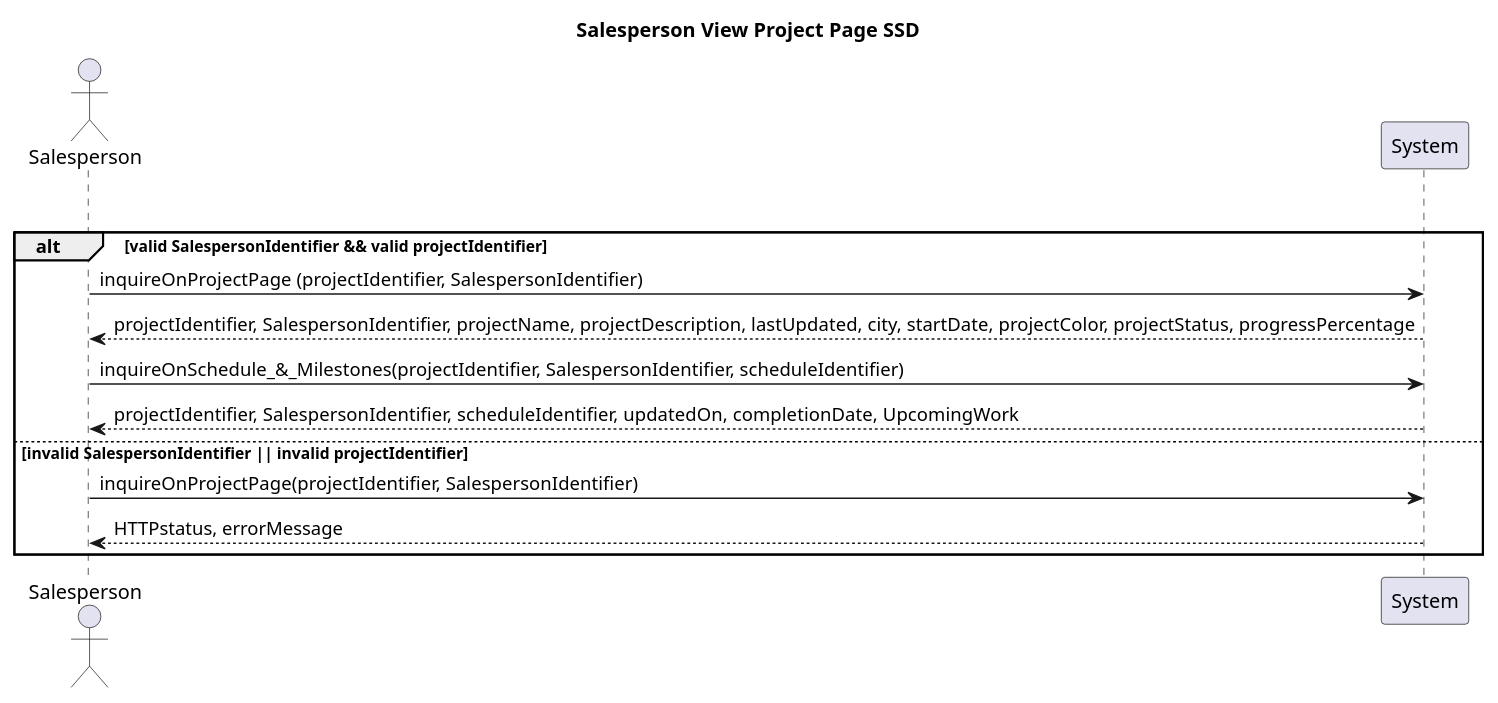
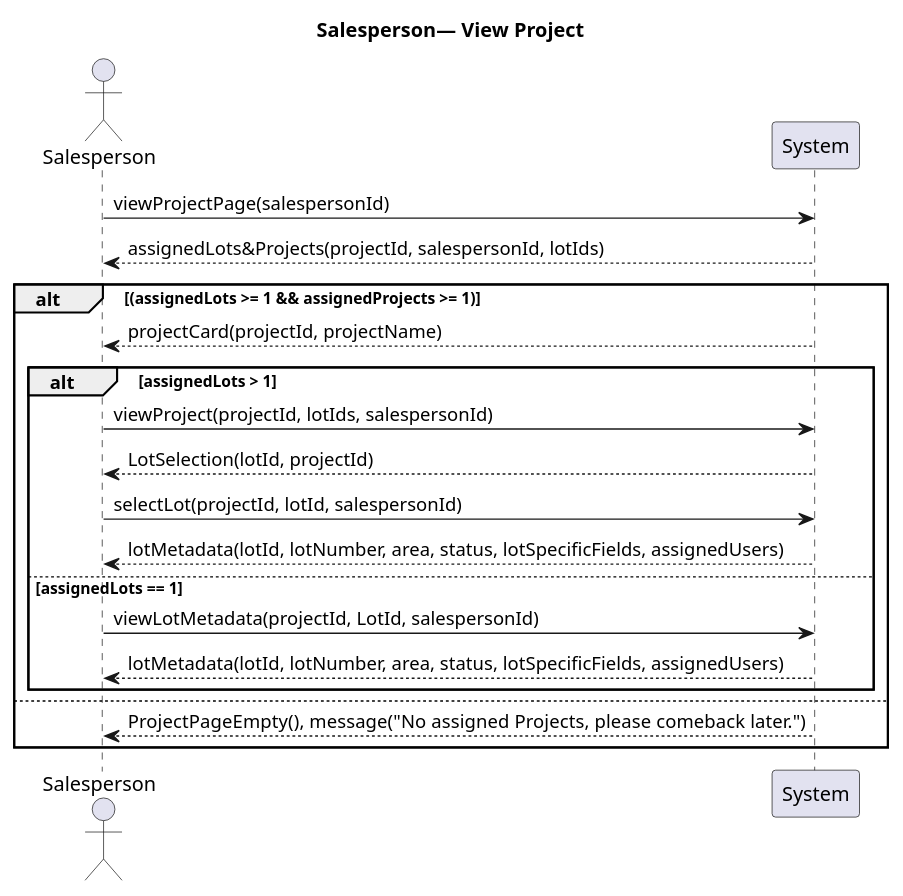
Before and after one commit to LCDCI/Les-Constructions-Dominic-Cyr: the fourth of 4 diagrams in Diagrams/UML_codes/SSD_ECP_Dufort.puml, drawn with PlantUML. The commit also changed other lines of this file and 8 other files, not shown here.

```diff
--- a/Diagrams/UML_codes/SSD_ECP_Dufort.puml
+++ b/Diagrams/UML_codes/SSD_ECP_Dufort.puml
@@ -1,18 +68,23 @@
 @startuml
-title Salesperson View Project Page SSD
+title Salesperson— View Project
 
 actor Salesperson
 
-loop for every request attempt
- alt valid SalespersonIdentifier && valid projectIdentifier
- Salesperson -> System: inquireOnProjectPage (projectIdentifier, SalespersonIdentifier)
-    System --> Salesperson:  projectIdentifier, SalespersonIdentifier, projectName, projectDescription, lastUpdated, city, startDate, projectColor, projectStatus, progressPercentage
-    Salesperson -> System: inquireOnSchedule_&_Milestones(projectIdentifier, SalespersonIdentifier, scheduleIdentifier)
-    System --> Salesperson: projectIdentifier, SalespersonIdentifier, scheduleIdentifier, updatedOn, completionDate, UpcomingWork
- else invalid SalespersonIdentifier || invalid projectIdentifier
-     Salesperson -> System: inquireOnProjectPage(projectIdentifier, SalespersonIdentifier)
-     System --> Salesperson: HTTPstatus, errorMessage
- end
+Salesperson-> System: viewProjectPage(salespersonId)
+System --> Salesperson: assignedLots&Projects(projectId, salespersonId, lotIds)
 
-
+alt (assignedLots >= 1 && assignedProjects >= 1)
+    System --> Salesperson: projectCard(projectId, projectName)
+    alt assignedLots > 1
+        Salesperson-> System: viewProject(projectId, lotIds, salespersonId)
+        System --> Salesperson: LotSelection(lotId, projectId)
+        Salesperson-> System: selectLot(projectId, lotId, salespersonId)
+        System --> Salesperson: lotMetadata(lotId, lotNumber, area, status, lotSpecificFields, assignedUsers)
+    else assignedLots == 1
+        Salesperson-> System: viewLotMetadata(projectId, LotId, salespersonId)
+        System --> Salesperson: lotMetadata(lotId, lotNumber, area, status, lotSpecificFields, assignedUsers)
+    end
+else
+    System --> Salesperson : ProjectPageEmpty(),  message("No assigned Projects, please comeback later.")
+end
 @enduml
```
